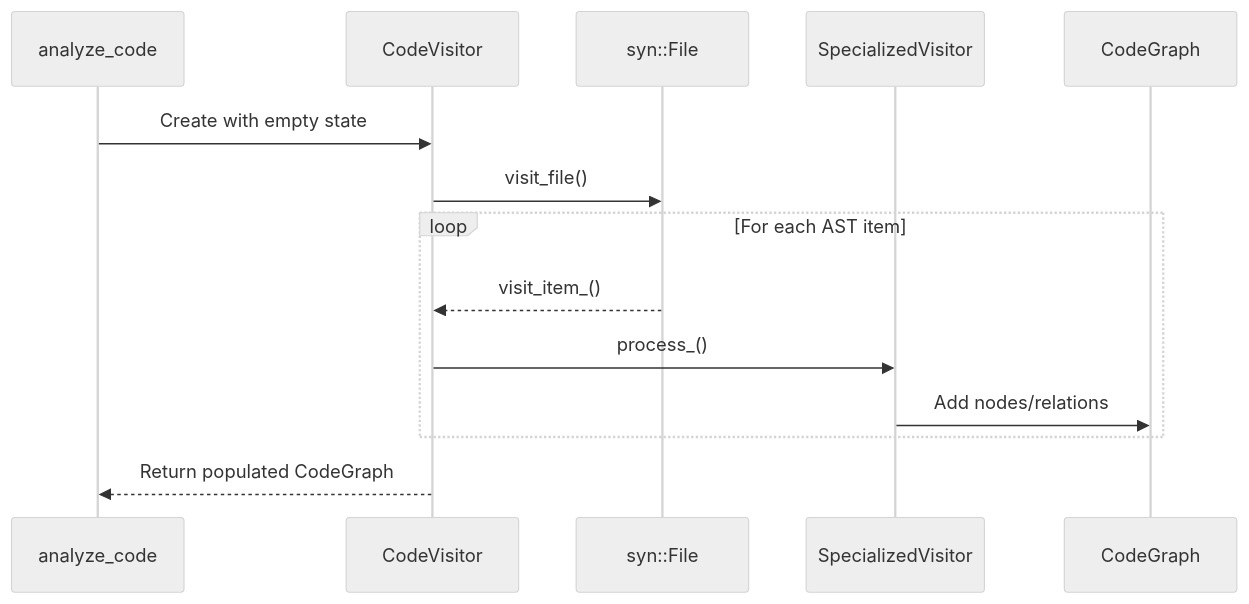
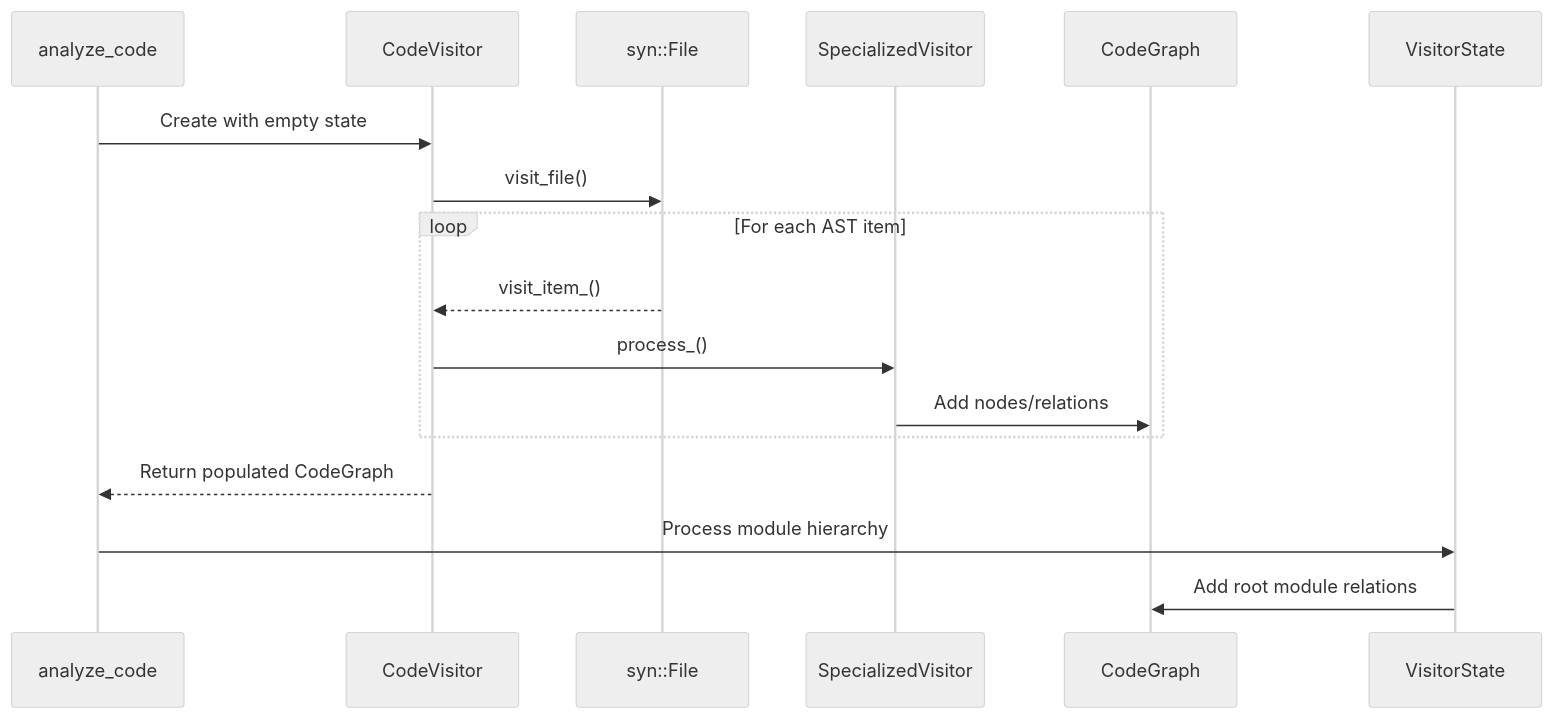
The first of 11 diagrams in project_description.md (josephleblanc/syn_parser), drawn with Mermaid (neutral theme) before and after one commit.

Commit message:
docs: Update sequence diagram to reflect module hierarchy processing

````diff
--- a/project_description.md
+++ b/project_description.md
@@ -376,17 +376,19 @@
 ```mermaid
 sequenceDiagram
     participant analyze_code
     participant CodeVisitor
     participant syn_File as syn::File
     participant SpecializedVisitor
     participant CodeGraph
     
     analyze_code->>CodeVisitor: Create with empty state
     CodeVisitor->>syn_File: visit_file()
     loop For each AST item
         syn_File-->>CodeVisitor: visit_item_()
         CodeVisitor->>SpecializedVisitor: process_()
         SpecializedVisitor->>CodeGraph: Add nodes/relations
     end
     CodeVisitor-->>analyze_code: Return populated CodeGraph
+    analyze_code->>VisitorState: Process module hierarchy
+    VisitorState->>CodeGraph: Add root module relations
 ```
````
